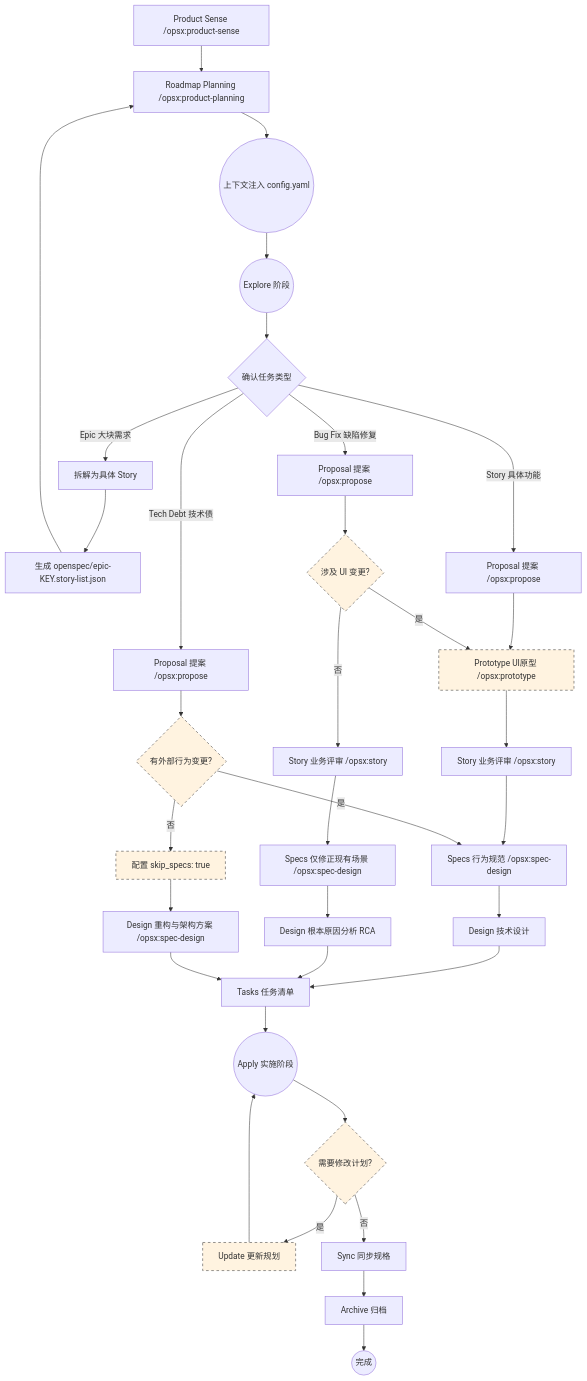
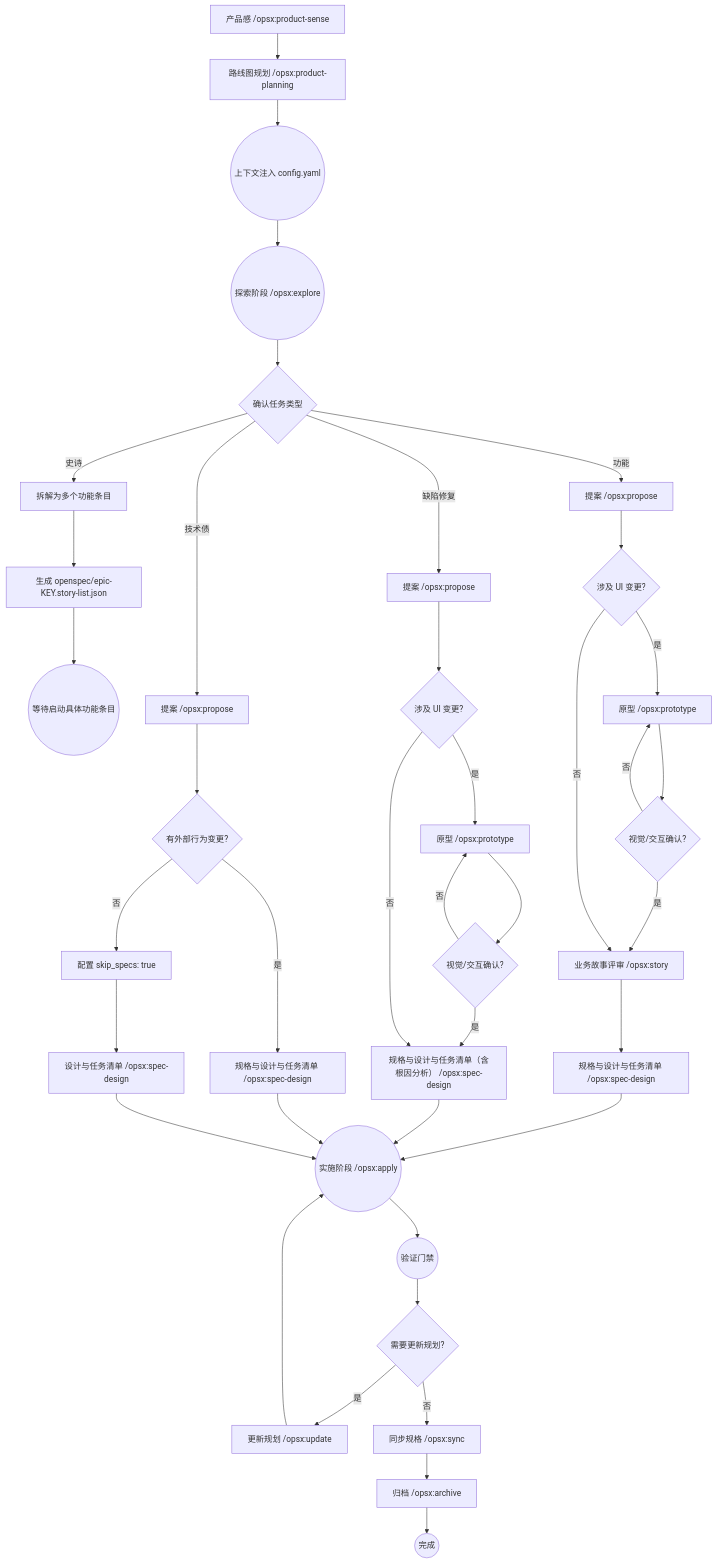
Before and after one commit to jkang/openspec-example: the diagram in docs/sops/sdd-workflow.md, drawn with Mermaid. The commit also changed other lines of this file and 1 other file, not shown here.

Commit message:
Update specs flow

````diff
--- a/docs/sops/sdd-workflow.md
+++ b/docs/sops/sdd-workflow.md
@@ -23,54 +23,49 @@
 ```mermaid
 graph TD
-    %% 规划层 (Planning Layer)
-    Sense[Product Sense /opsx:product-sense] --> Plan[Roadmap Planning /opsx:product-planning]
-    Plan --> Context((上下文注入 config.yaml))
+    A[产品感 /opsx:product-sense] --> B[路线图规划 /opsx:product-planning]
+    B --> C((上下文注入 config.yaml))
 
-    %% 交付层 (Delivery Layer)
-    Context --> Start((Explore 阶段))
-    Start --> Type{确认任务类型}
+    C --> D((探索阶段 /opsx:explore))
+    D --> E{确认任务类型}
 
-    %% Epic 分支
-    Type -->|Epic 大块需求| Epic_Split[拆解为具体 Story]
-    Epic_Split --> Epic_Backlog[生成 openspec/epic-KEY.story-list.json]
-    Epic_Backlog --> Plan
-    
-    %% Story 分支
-    Type -->|Story 具体功能| F_Prop[Proposal 提案 /opsx:propose]
-    F_Prop --> F_Proto[Prototype UI原型 /opsx:prototype]
-    F_Proto --> F_Story[Story 业务评审 /opsx:story]
-    F_Story --> F_Spec[Specs 行为规范 /opsx:spec-design]
-    F_Spec --> F_Des[Design 技术设计]
-    F_Des --> Tasks[Tasks 任务清单]
+    E -->|史诗| EP1[拆解为多个功能条目]
+    EP1 --> EP2[生成 openspec/epic-KEY.story-list.json]
+    EP2 --> EP3((等待启动具体功能条目))
 
-    %% Bug Fix 分支
-    Type -->|Bug Fix 缺陷修复| B_Prop[Proposal 提案 /opsx:propose]
-    B_Prop --> B_UI{涉及 UI 变更?}
-    B_UI -->|是| F_Proto
-    B_UI -->|否| B_Story[Story 业务评审 /opsx:story]
-    B_Story --> B_Spec[Specs 仅修正现有场景 /opsx:spec-design]
-    B_Spec --> B_Des[Design 根本原因分析 RCA]
-    B_Des --> Tasks
+    E -->|功能| F1[提案 /opsx:propose]
+    F1 --> F2{涉及 UI 变更?}
+    F2 -->|是| F3[原型 /opsx:prototype]
+    F3 --> F4{视觉/交互确认?}
+    F4 -->|否| F3
+    F4 -->|是| F5[业务故事评审 /opsx:story]
+    F2 -->|否| F5
+    F5 --> F6[规格与设计与任务清单 /opsx:spec-design]
 
-    %% Tech Debt 分支
-    Type -->|Tech Debt 技术债| T_Prop[Proposal 提案 /opsx:propose]
-    T_Prop --> T_Spec{有外部行为变更?}
-    T_Spec -->|是| F_Spec
-    T_Spec -->|否| T_Skip[配置 skip_specs: true]
-    T_Skip --> T_Des[Design 重构与架构方案 /opsx:spec-design]
-    T_Des --> Tasks
+    E -->|缺陷修复| B1[提案 /opsx:propose]
+    B1 --> B2{涉及 UI 变更?}
+    B2 -->|是| B3[原型 /opsx:prototype]
+    B3 --> B4{视觉/交互确认?}
+    B4 -->|否| B3
+    B4 -->|是| B5[规格与设计与任务清单（含根因分析） /opsx:spec-design]
+    B2 -->|否| B5
 
-    Tasks --> Apply((Apply 实施阶段))
-    
-    Apply --> Update_Opt{需要修改计划?}
-    Update_Opt -->|是| Update[Update 更新规划]
-    Update --> Apply
-    Update_Opt -->|否| Sync[Sync 同步规格]
-    
-    Sync --> Archive[Archive 归档]
-    Archive --> Done((完成))
-    
-    classDef mandatory fill:#e1f5fe,stroke:#333,stroke-width:2px;
-    classDef optional fill:#fff3e0,stroke:#333,stroke-width:1px,stroke-dasharray: 5 5;
-    class F_Proto,B_UI,T_Spec,T_Skip,Update_Opt,Update optional;
+    E -->|技术债| T1[提案 /opsx:propose]
+    T1 --> T2{有外部行为变更?}
+    T2 -->|是| T3[规格与设计与任务清单 /opsx:spec-design]
+    T2 -->|否| T4[配置 skip_specs: true]
+    T4 --> T5[设计与任务清单 /opsx:spec-design]
+
+    F6 --> U((实施阶段 /opsx:apply))
+    B5 --> U
+    T3 --> U
+    T5 --> U
+
+    U --> V((验证门禁))
+    V --> W{需要更新规划?}
+    W -->|是| X[更新规划 /opsx:update]
+    X --> U
+    W -->|否| Y[同步规格 /opsx:sync]
+
+    Y --> Z[归档 /opsx:archive]
+    Z --> AA((完成))
 ```
````
